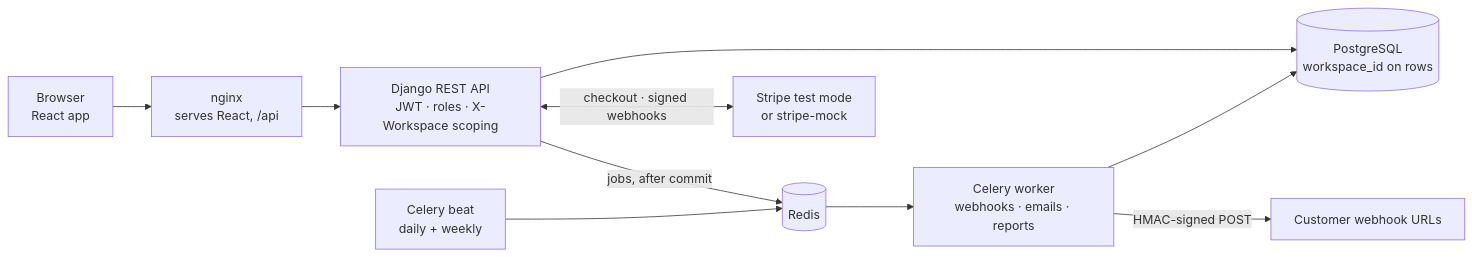
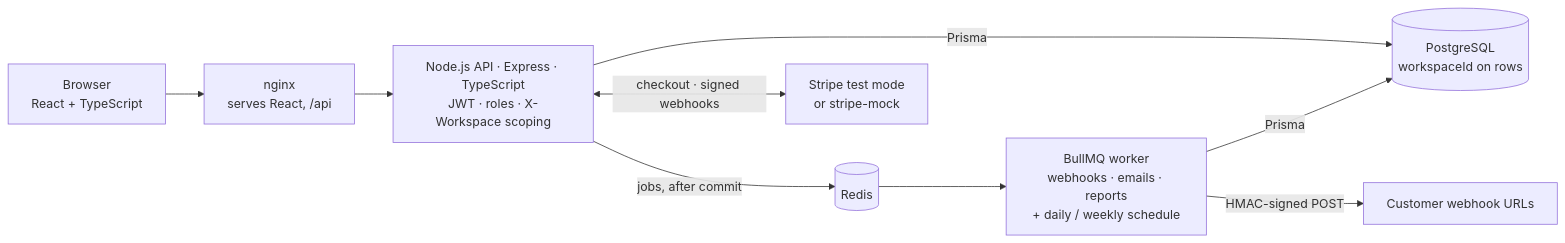
Before and after one commit to Adarsh619/Rout_Adarsh_Pradhan_Capstone_Projects: the diagram in FS-04/docs/03-architecture.md, drawn with Mermaid. The commit also changed other lines of this file and 298 other files, not shown here.

First line of the commit message:
feat(fs04)!: rebuild TaskFlow on Node.js, Express, TypeScript and Prisma (v2.0.0)

````diff
--- a/FS-04/docs/03-architecture.md
+++ b/FS-04/docs/03-architecture.md
@@ -11,12 +11,11 @@
 ```mermaid
 flowchart LR
-  B[Browser<br/>React app] --> N[nginx<br/>serves React, /api]
-  N --> D[Django REST API<br/>JWT · roles · X-Workspace scoping]
-  D --> P[(PostgreSQL<br/>workspace_id on rows)]
+  B[Browser<br/>React + TypeScript] --> N[nginx<br/>serves React, /api]
+  N --> D[Node.js API · Express · TypeScript<br/>JWT · roles · X-Workspace scoping]
+  D -->|Prisma| P[(PostgreSQL<br/>workspaceId on rows)]
   D -->|jobs, after commit| R[(Redis)]
-  R --> W[Celery worker<br/>webhooks · emails · reports]
-  BT[Celery beat<br/>daily + weekly] --> R
-  W --> P
+  R --> W[BullMQ worker<br/>webhooks · emails · reports<br/>+ daily / weekly schedule]
+  W -->|Prisma| P
   W -->|HMAC-signed POST| X[Customer webhook URLs]
   D <-->|checkout · signed webhooks| S[Stripe test mode<br/>or stripe-mock]
 ```
````
